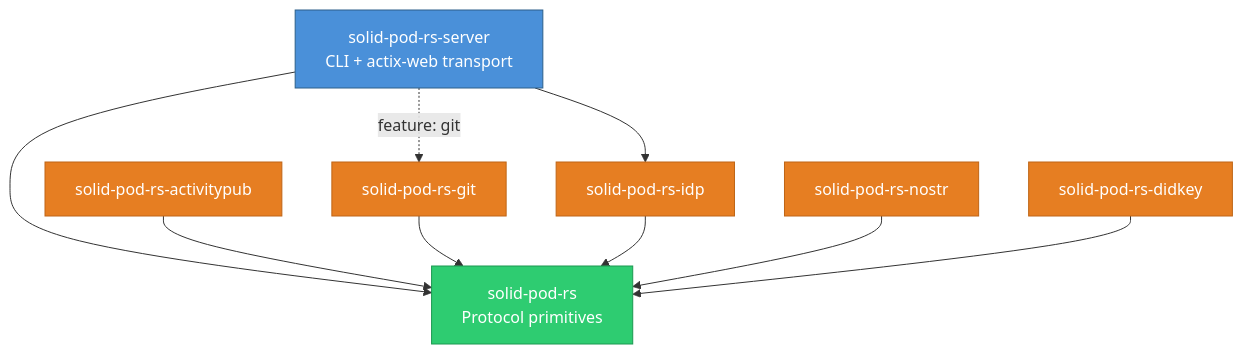
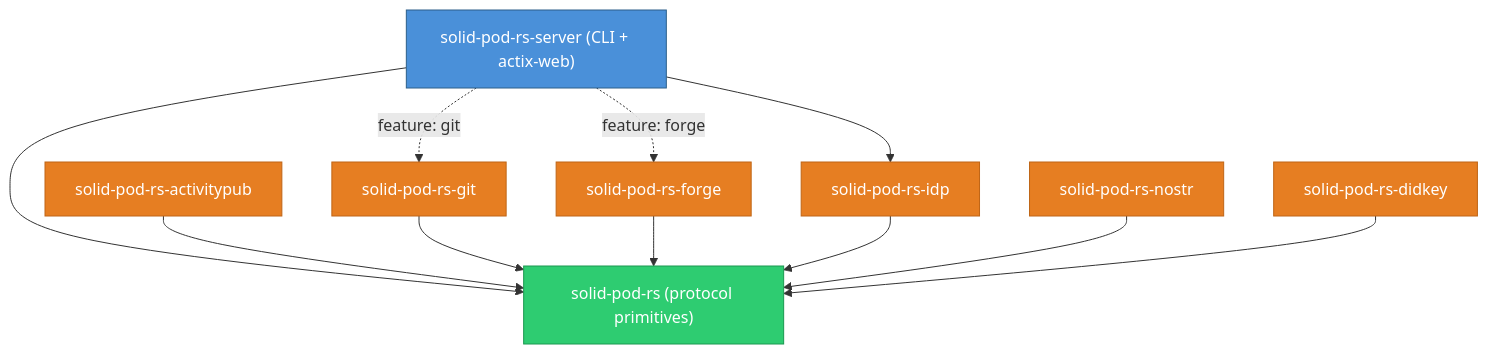
The diagram in README.md (DreamLab-AI/solid-pod-rs), drawn with Mermaid before and after one commit. The commit also changed other lines of this file and 1 other file, not shown here.

````diff
--- a/README.md
+++ b/README.md
@@ -149,27 +50,31 @@
 ```mermaid
 graph TD
-    SERVER["solid-pod-rs-server\nCLI + actix-web transport"]
-    CORE["solid-pod-rs\nProtocol primitives"]
+    SERVER["solid-pod-rs-server (CLI + actix-web)"]
+    CORE["solid-pod-rs (protocol primitives)"]
     AP["solid-pod-rs-activitypub"]
     GIT["solid-pod-rs-git"]
+    FORGE["solid-pod-rs-forge"]
     IDP["solid-pod-rs-idp"]
     NOSTR["solid-pod-rs-nostr"]
     DIDKEY["solid-pod-rs-didkey"]
 
     SERVER --> CORE
     SERVER --> IDP
     SERVER -.->|"feature: git"| GIT
+    SERVER -.->|"feature: forge"| FORGE
     AP --> CORE
     GIT --> CORE
+    FORGE --> CORE
     IDP --> CORE
     NOSTR --> CORE
     DIDKEY --> CORE
 
     style SERVER fill:#4a90d9,stroke:#2c5f8a,color:#fff
     style CORE fill:#2ecc71,stroke:#1a9850,color:#fff
     style AP fill:#e67e22,stroke:#bf6516,color:#fff
     style GIT fill:#e67e22,stroke:#bf6516,color:#fff
+    style FORGE fill:#e67e22,stroke:#bf6516,color:#fff
     style IDP fill:#e67e22,stroke:#bf6516,color:#fff
     style NOSTR fill:#e67e22,stroke:#bf6516,color:#fff
     style DIDKEY fill:#e67e22,stroke:#bf6516,color:#fff
 ```
````
